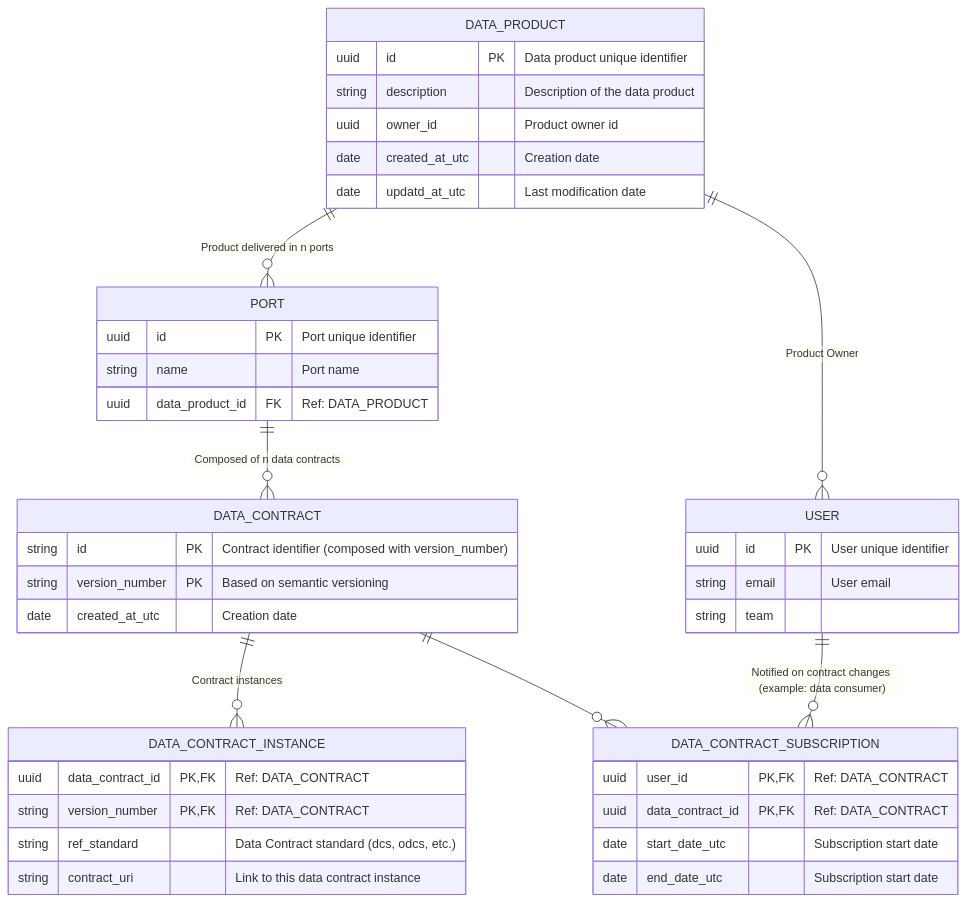
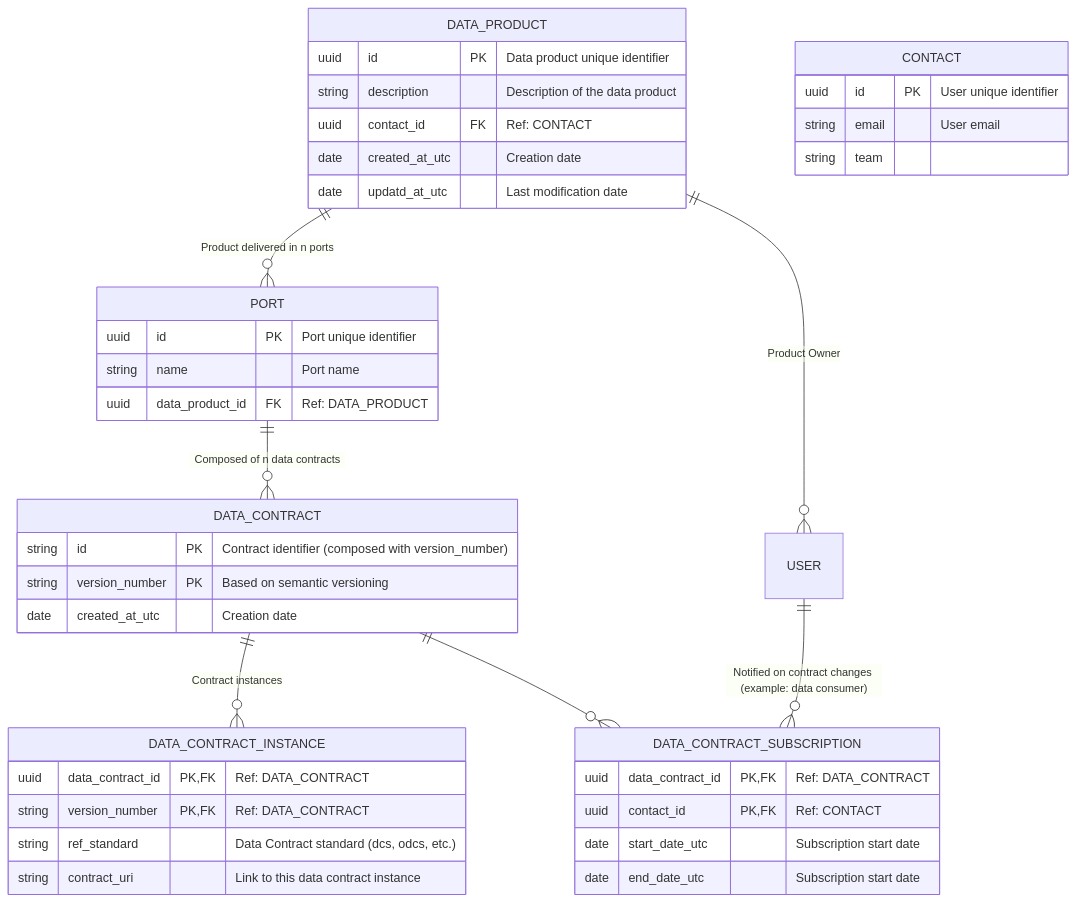
The diagram in docs/relational_model.md (monmaya/base-impl), drawn with Mermaid before and after one commit.

````diff
--- a/docs/relational_model.md
+++ b/docs/relational_model.md
@@ -5,53 +5,53 @@
 ```mermaid
 
 erDiagram
 
     DATA_PRODUCT {
         uuid id PK "Data product unique identifier"
         string description "Description of the data product"
-        uuid owner_id "Product owner id"
+        uuid contact_id FK "Ref: CONTACT"
         date created_at_utc "Creation date"
         date updatd_at_utc "Last modification date"
     }
 
     PORT {
         uuid id PK "Port unique identifier"
         string name "Port name"
         uuid data_product_id FK "Ref: DATA_PRODUCT"
     }
 
     DATA_CONTRACT {
         string id PK "Contract identifier (composed with version_number)"
         string version_number PK "Based on semantic versioning"
         date created_at_utc "Creation date"
     }
 
     DATA_CONTRACT_INSTANCE {
         uuid data_contract_id PK, FK "Ref: DATA_CONTRACT"
         string version_number PK, FK "Ref: DATA_CONTRACT"
         string ref_standard "Data Contract standard (dcs, odcs, etc.)"
         string contract_uri "Link to this data contract instance"
     }
     
     DATA_CONTRACT_SUBSCRIPTION {
-        uuid user_id PK, FK "Ref: DATA_CONTRACT"
         uuid data_contract_id PK, FK "Ref: DATA_CONTRACT"
+        uuid contact_id PK, FK "Ref: CONTACT"
         date start_date_utc "Subscription start date"
         date end_date_utc "Subscription start date"
     }
 
-    USER {
+    CONTACT {
         uuid id PK "User unique identifier"
         string email "User email"
         string team
     }
 
     DATA_PRODUCT ||--o{ PORT : "Product delivered in n ports"
     DATA_PRODUCT ||--o{ USER : "Product Owner"
     PORT ||--o{ DATA_CONTRACT : "Composed of n data contracts"
     DATA_CONTRACT ||--o{ DATA_CONTRACT_INSTANCE : "Contract instances"
     DATA_CONTRACT ||--o{ DATA_CONTRACT_SUBSCRIPTION : ""
     USER ||--o{ DATA_CONTRACT_SUBSCRIPTION : "Notified on contract changes (example: data consumer)"
 
 
   ```
````
